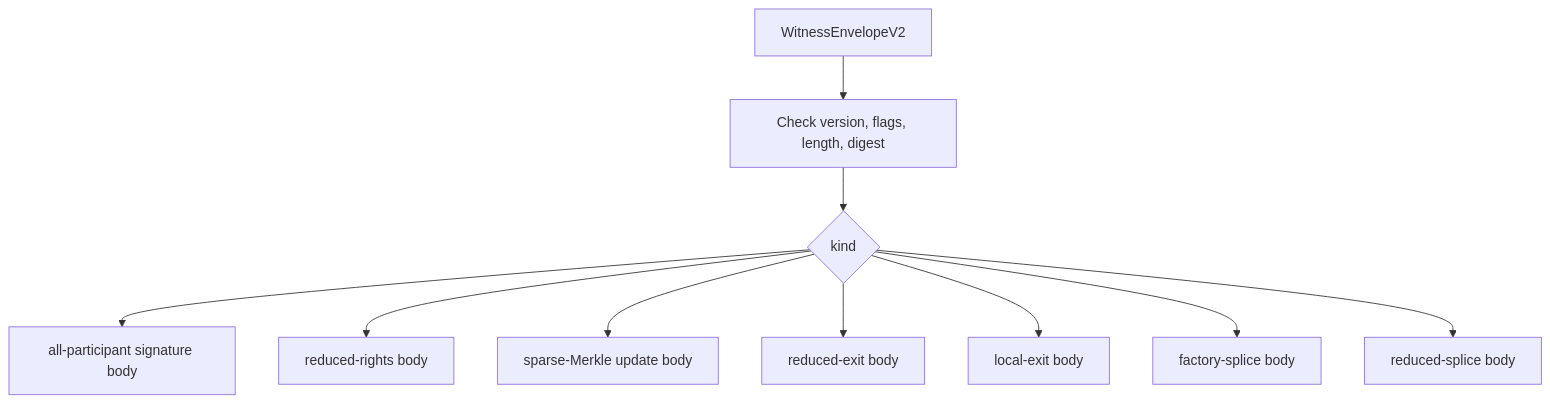
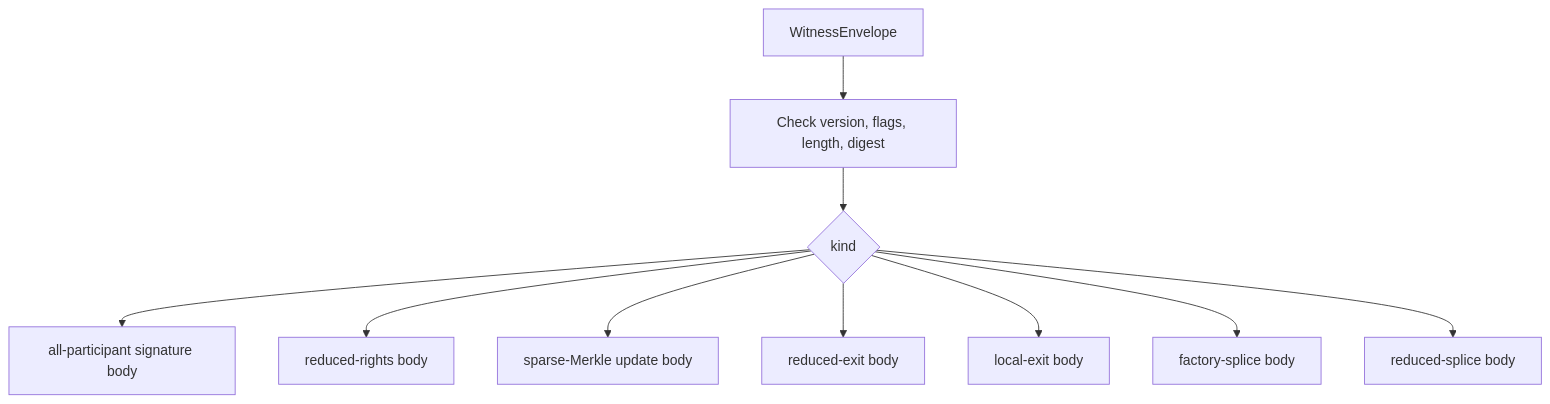
One commit to a19q3/Morph changed the fifth of 6 diagrams in docs/implementation.md. Above: the diagram before and after it, drawn with Mermaid. The commit also changed other lines of this file and 46 other files, not shown here.

````diff
--- a/docs/implementation.md
+++ b/docs/implementation.md
@@ -123,12 +123,12 @@
 ```mermaid
 flowchart TB
-    E["WitnessEnvelopeV2"] --> H["Check version, flags, length, digest"]
+    E["WitnessEnvelope"] --> H["Check version, flags, length, digest"]
     H --> K{"kind"}
     K --> A["all-participant signature body"]
     K --> B["reduced-rights body"]
     K --> C["sparse-Merkle update body"]
     K --> D["reduced-exit body"]
     K --> F["local-exit body"]
     K --> G["factory-splice body"]
     K --> I["reduced-splice body"]
 ```
````
